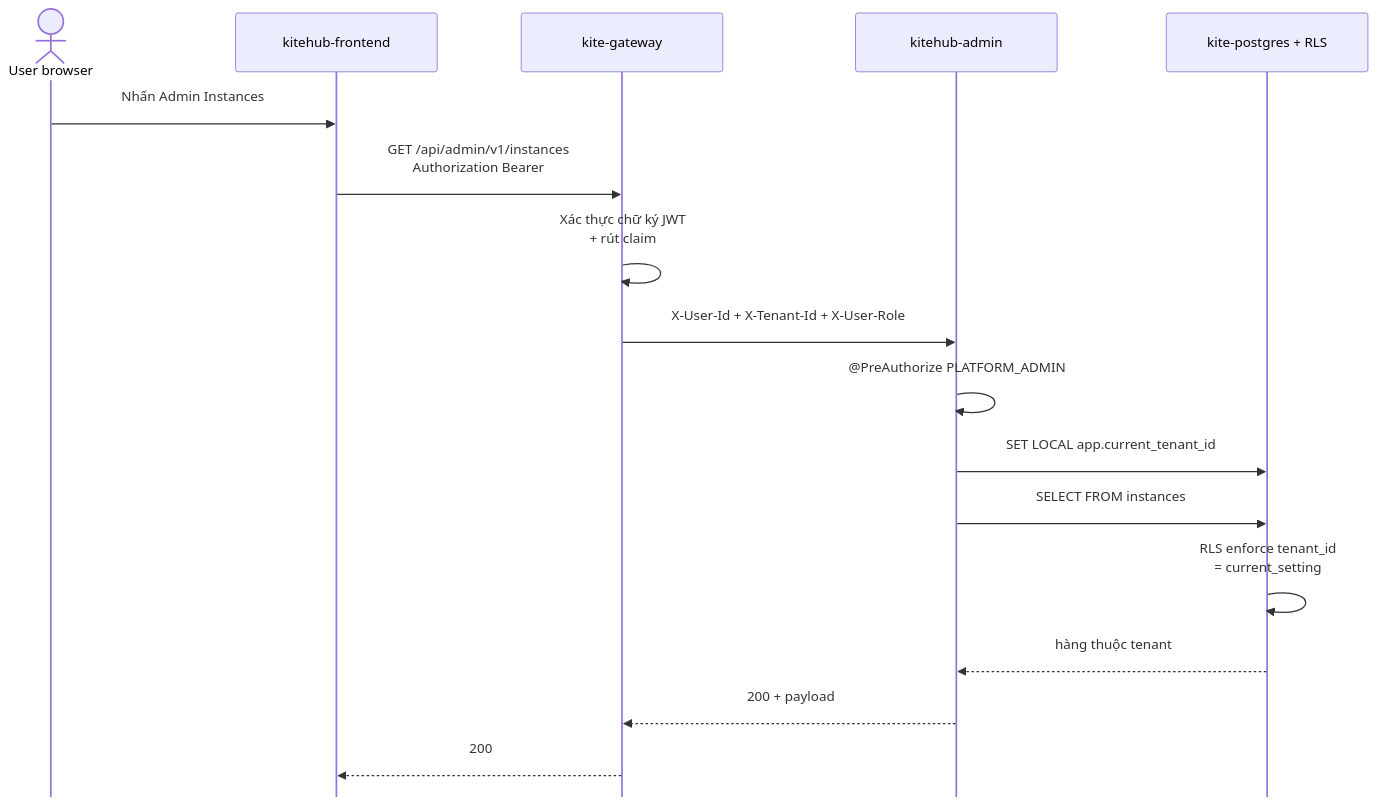
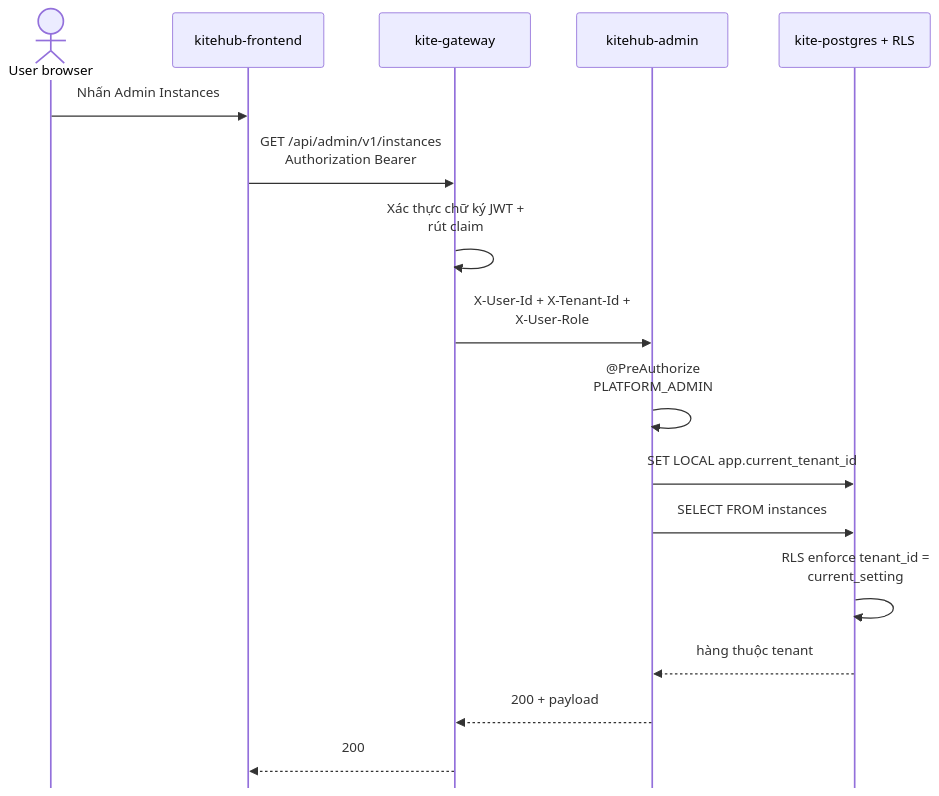
One commit to VictorAurelius/2026-Kite-Class-Platform changed the fifth of 14 diagrams in documents/08-thesis/chapter-2-system-architecture.md. Above: the diagram before and after it, drawn with Mermaid. The commit also changed other lines of this file and 157 other files, not shown here.

````diff
--- a/documents/08-thesis/chapter-2-system-architecture.md
+++ b/documents/08-thesis/chapter-2-system-architecture.md
@@ -458,21 +432,21 @@
 ```mermaid
-%%{init: {"sequence": {"diagramMarginX": 50, "diagramMarginY": 25, "actorMargin": 100, "width": 240, "height": 70, "boxMargin": 18, "boxTextMargin": 10, "noteMargin": 15, "messageMargin": 50, "mirrorActors": false}, "themeVariables": {"fontSize": "28px", "messageFontSize": "26px", "noteFontSize": "26px"}}}%%
+%%{init: {"sequence": {"diagramMarginX": 30, "diagramMarginY": 20, "actorMargin": 55, "width": 180, "height": 65, "boxMargin": 14, "boxTextMargin": 8, "noteMargin": 12, "messageMargin": 40, "mirrorActors": false, "wrap": true}, "themeVariables": {"fontSize": "36px", "messageFontSize": "34px", "noteFontSize": "34px"}}}%%
 sequenceDiagram
     actor User as User browser
     participant FE as kitehub-frontend
     participant GW as kite-gateway
     participant Admin as kitehub-admin
     participant PG as kite-postgres + RLS
 
     User->>FE: Nhấn Admin Instances
-    FE->>GW: GET /api/admin/v1/instances<br/>Authorization Bearer
-    GW->>GW: Xác thực chữ ký JWT<br/>+ rút claim
+    FE->>GW: GET /api/admin/v1/instances Authorization Bearer
+    GW->>GW: Xác thực chữ ký JWT + rút claim
     GW->>Admin: X-User-Id + X-Tenant-Id + X-User-Role
     Admin->>Admin: @PreAuthorize PLATFORM_ADMIN
     Admin->>PG: SET LOCAL app.current_tenant_id
     Admin->>PG: SELECT FROM instances
-    PG->>PG: RLS enforce tenant_id<br/>= current_setting
+    PG->>PG: RLS enforce tenant_id = current_setting
     PG-->>Admin: hàng thuộc tenant
     Admin-->>GW: 200 + payload
     GW-->>FE: 200
 ```
````
